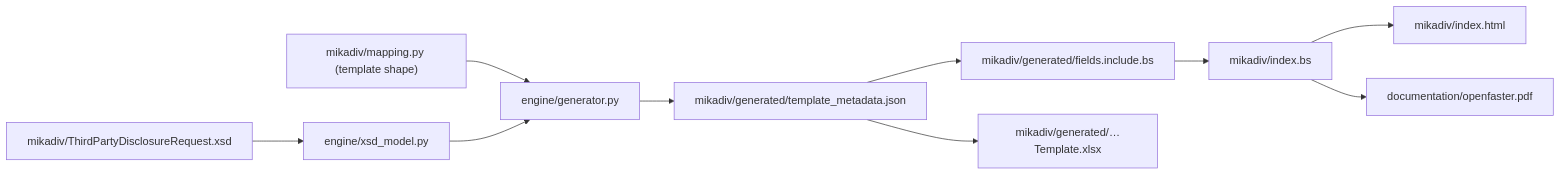
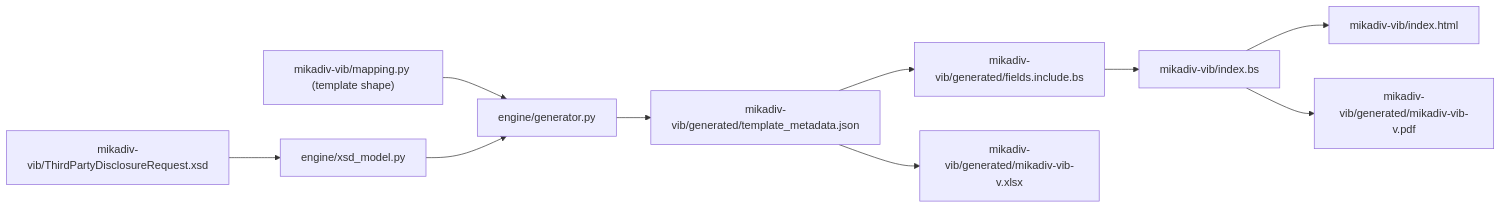
Before and after one commit to OpenFASTER-Standard/spec: the diagram in README.md, drawn with Mermaid. The commit also changed other lines of this file, not shown here.

Commit message:
docs: update README for mikadiv-vib rename, versioned filenames, 404.html

````diff
--- a/README.md
+++ b/README.md
@@ -65,12 +67,12 @@
 ```mermaid
 flowchart LR
-  xsd["mikadiv/ThirdPartyDisclosureRequest.xsd"] --> model["engine/xsd_model.py"]
-  map["mikadiv/mapping.py (template shape)"] --> gen["engine/generator.py"]
+  xsd["mikadiv-vib/ThirdPartyDisclosureRequest.xsd"] --> model["engine/xsd_model.py"]
+  map["mikadiv-vib/mapping.py (template shape)"] --> gen["engine/generator.py"]
   model --> gen
-  gen --> meta["mikadiv/generated/template_metadata.json"]
-  meta --> incl["mikadiv/generated/fields.include.bs"]
-  incl --> bs["mikadiv/index.bs"]
-  bs --> html["mikadiv/index.html"]
-  bs --> pdf["documentation/openfaster.pdf"]
-  meta --> xlsx["mikadiv/generated/…Template.xlsx"]
+  gen --> meta["mikadiv-vib/generated/template_metadata.json"]
+  meta --> incl["mikadiv-vib/generated/fields.include.bs"]
+  incl --> bs["mikadiv-vib/index.bs"]
+  bs --> html["mikadiv-vib/index.html"]
+  bs --> pdf["mikadiv-vib/generated/mikadiv-vib-v<version>.pdf"]
+  meta --> xlsx["mikadiv-vib/generated/mikadiv-vib-v<version>.xlsx"]
 ```
````
